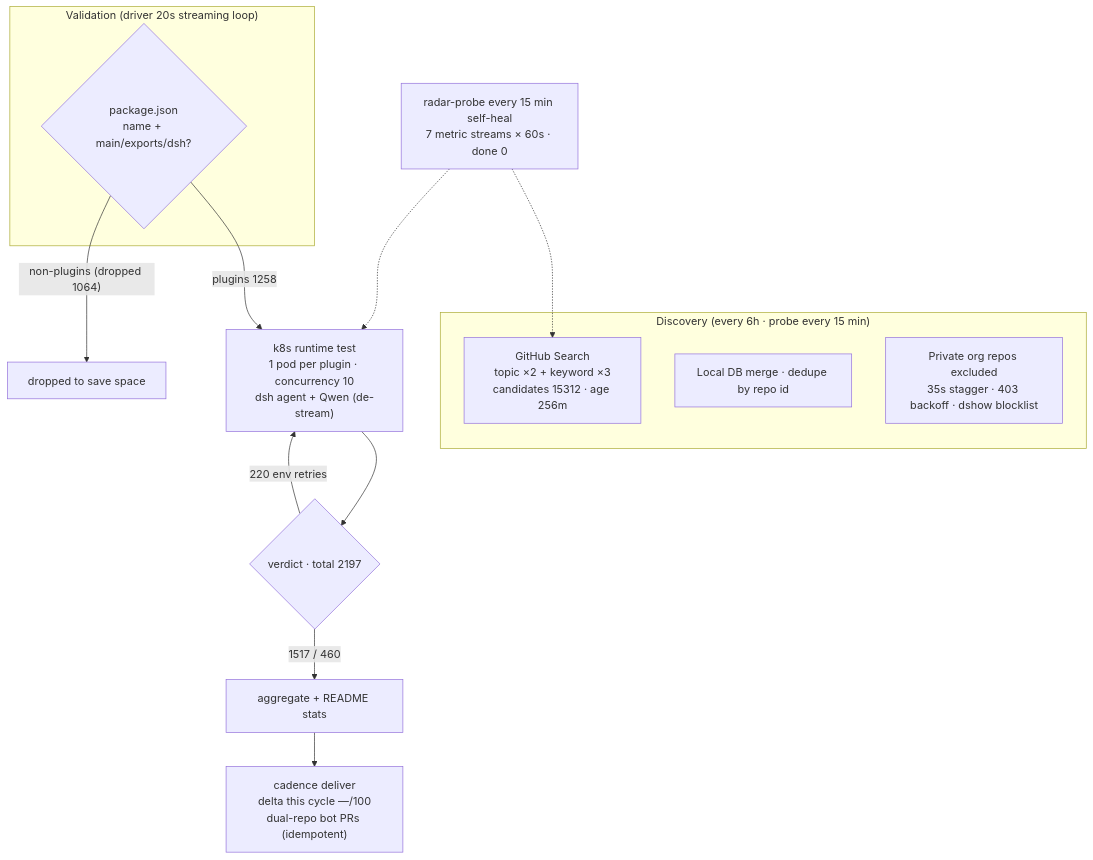
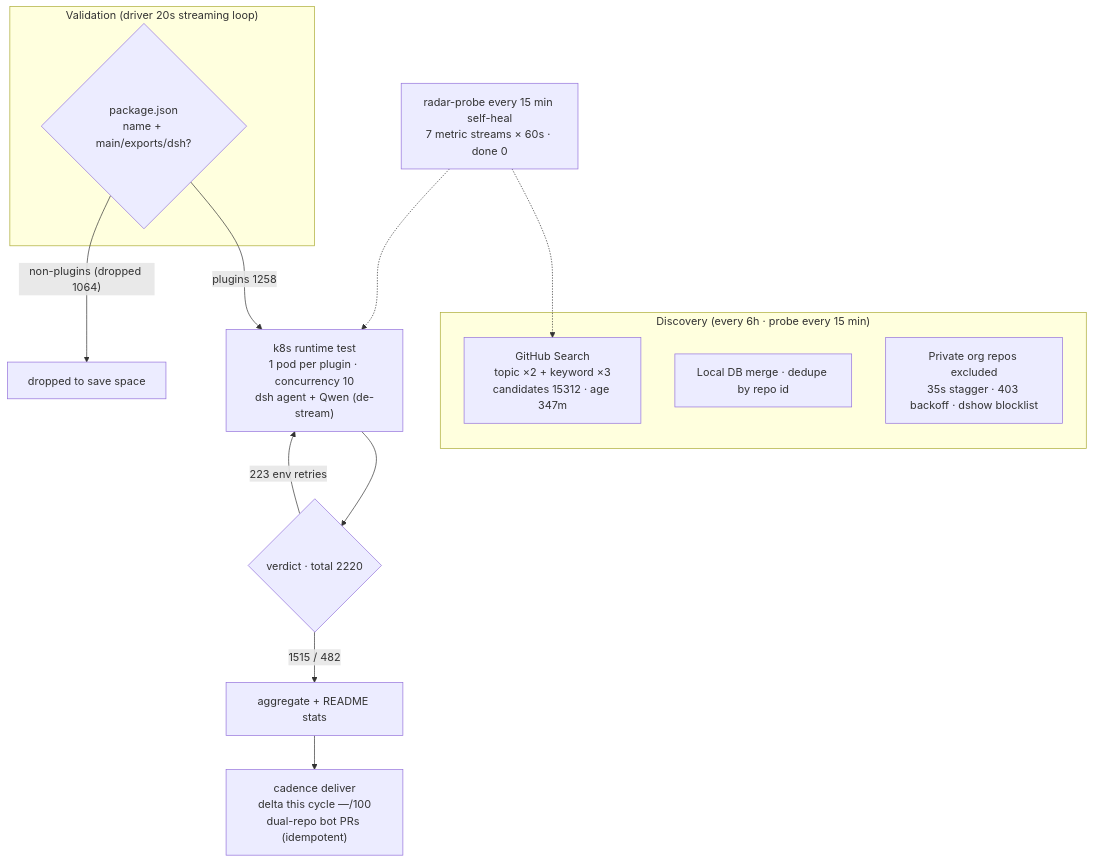
One commit to AdamPlatin123/awesome-dsh-plugins changed the diagram in README.en-US.md. Above: the diagram before and after it, drawn with Mermaid. The commit also changed other lines of this file and 5 other files, not shown here.

````diff
--- a/README.en-US.md
+++ b/README.en-US.md
@@ -30,20 +30,20 @@
 ```mermaid
 flowchart TB
     subgraph Discovery["Discovery (every 6h · probe every 15 min)"]
-        A1["GitHub Search<br/>topic ×2 + keyword ×3<br/>candidates 15312 · age 256m"]
+        A1["GitHub Search<br/>topic ×2 + keyword ×3<br/>candidates 15312 · age 347m"]
         A2["Local DB merge · dedupe by repo id"]
         A3["Private org repos excluded<br/>35s stagger · 403 backoff · dshow blocklist"]
     end
     subgraph Validation["Validation (driver 20s streaming loop)"]
         B1{"package.json<br/>name + main/exports/dsh?"}
     end
     B1 -->|"plugins 1258"| C1["k8s runtime test<br/>1 pod per plugin · concurrency 10<br/>dsh agent + Qwen (de-stream)"]
     B1 -->|"non-plugins (dropped 1064)"| B3["dropped to save space"]
-    C1 --> D1{"verdict · total 2197"}
-    D1 -->|"1517 / 460"| E1["aggregate + README stats"]
-    D1 -->|"220 env retries"| C1
+    C1 --> D1{"verdict · total 2220"}
+    D1 -->|"1515 / 482"| E1["aggregate + README stats"]
+    D1 -->|"223 env retries"| C1
     E1 --> E2["cadence deliver<br/>delta this cycle —/100<br/>dual-repo bot PRs (idempotent)"]
     M["radar-probe every 15 min self-heal<br/>7 metric streams × 60s · done 0"]
     M -.-> A1
     M -.-> C1
 ```
````
